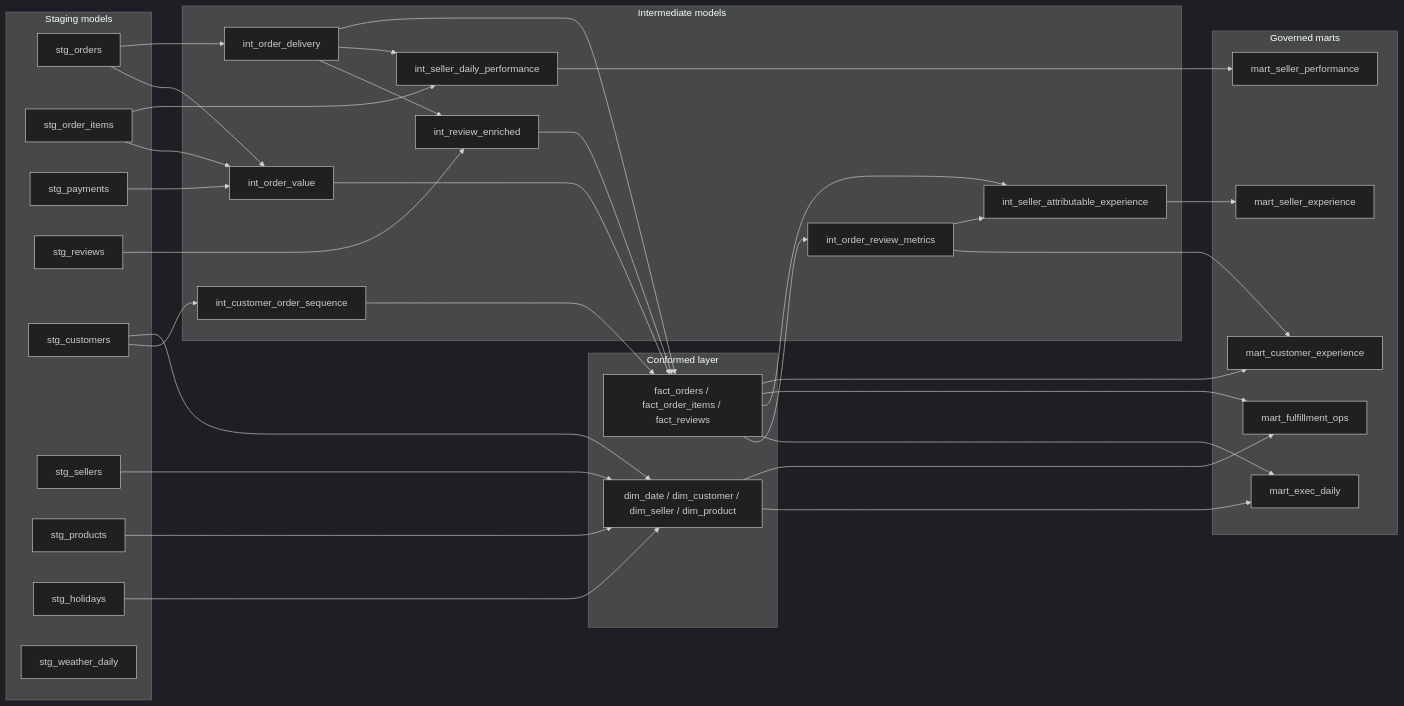
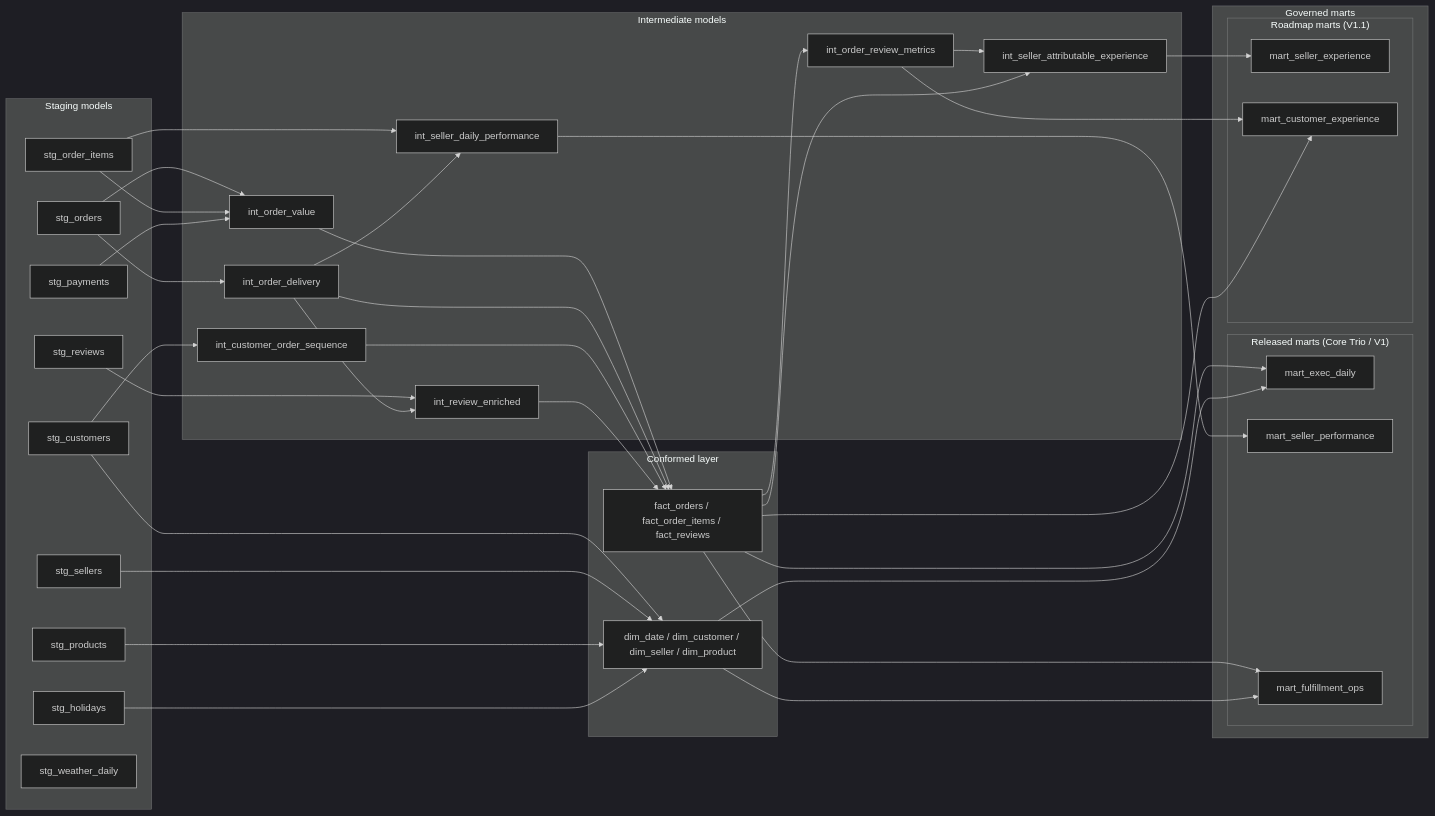
One commit to cchoooots98/marketplace-analytics-platform changed the second of 3 diagrams in docs/architecture.md. Above: the diagram before and after it, drawn with Mermaid (dark theme). The commit also changed other lines of this file and 47 other files, not shown here.

````diff
--- a/docs/architecture.md
+++ b/docs/architecture.md
@@ -74,69 +76,73 @@
 ```mermaid
 flowchart LR
     subgraph staging["Staging models"]
         stg_orders["stg_orders"]
         stg_items["stg_order_items"]
         stg_payments["stg_payments"]
         stg_reviews["stg_reviews"]
         stg_customers["stg_customers"]
         stg_sellers["stg_sellers"]
         stg_products["stg_products"]
         stg_holidays["stg_holidays"]
         stg_weather["stg_weather_daily"]
     end
 
     subgraph intermediate["Intermediate models"]
         int_value["int_order_value"]
         int_delivery["int_order_delivery"]
         int_sequence["int_customer_order_sequence"]
         int_review["int_review_enriched"]
         int_review_metrics["int_order_review_metrics"]
         int_seller_perf["int_seller_daily_performance"]
         int_seller_exp["int_seller_attributable_experience"]
     end
 
     subgraph conformed["Conformed layer"]
         dims["dim_date / dim_customer / dim_seller / dim_product"]
         facts["fact_orders / fact_order_items / fact_reviews"]
     end
 
     subgraph marts["Governed marts"]
-        exec["mart_exec_daily"]
-        seller_perf["mart_seller_performance"]
-        seller_exp["mart_seller_experience"]
-        fulfill["mart_fulfillment_ops"]
-        cx["mart_customer_experience"]
+        subgraph released_marts["Released marts (Core Trio / V1)"]
+            exec["mart_exec_daily"]
+            seller_perf["mart_seller_performance"]
+            fulfill["mart_fulfillment_ops"]
+        end
+        subgraph roadmap_marts["Roadmap marts (V1.1)"]
+            seller_exp["mart_seller_experience"]
+            cx["mart_customer_experience"]
+        end
     end
 
     stg_orders --> int_value
     stg_items --> int_value
     stg_payments --> int_value
     stg_orders --> int_delivery
     stg_customers --> int_sequence
     stg_reviews --> int_review
     int_delivery --> int_review
     facts --> int_review_metrics
     stg_items --> int_seller_perf
     int_delivery --> int_seller_perf
 
     stg_customers --> dims
     stg_sellers --> dims
     stg_products --> dims
     stg_holidays --> dims
 
     int_value --> facts
     int_delivery --> facts
     int_sequence --> facts
     int_review --> facts
 
     facts --> exec
     int_review_metrics --> cx
     int_review_metrics --> int_seller_exp
     facts --> int_seller_exp
     int_seller_perf --> seller_perf
     int_seller_exp --> seller_exp
     facts --> fulfill
     facts --> cx
     dims --> exec
     dims --> fulfill
 ```
````
